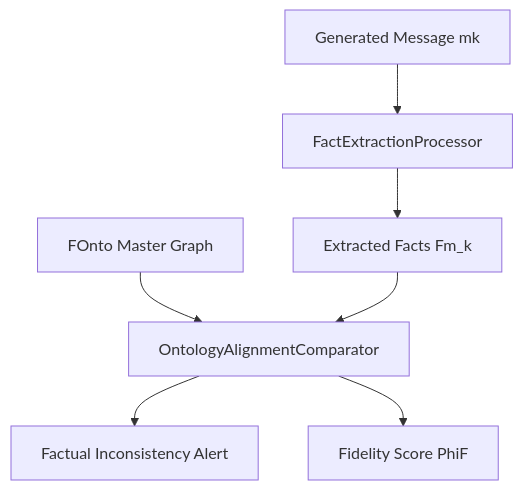
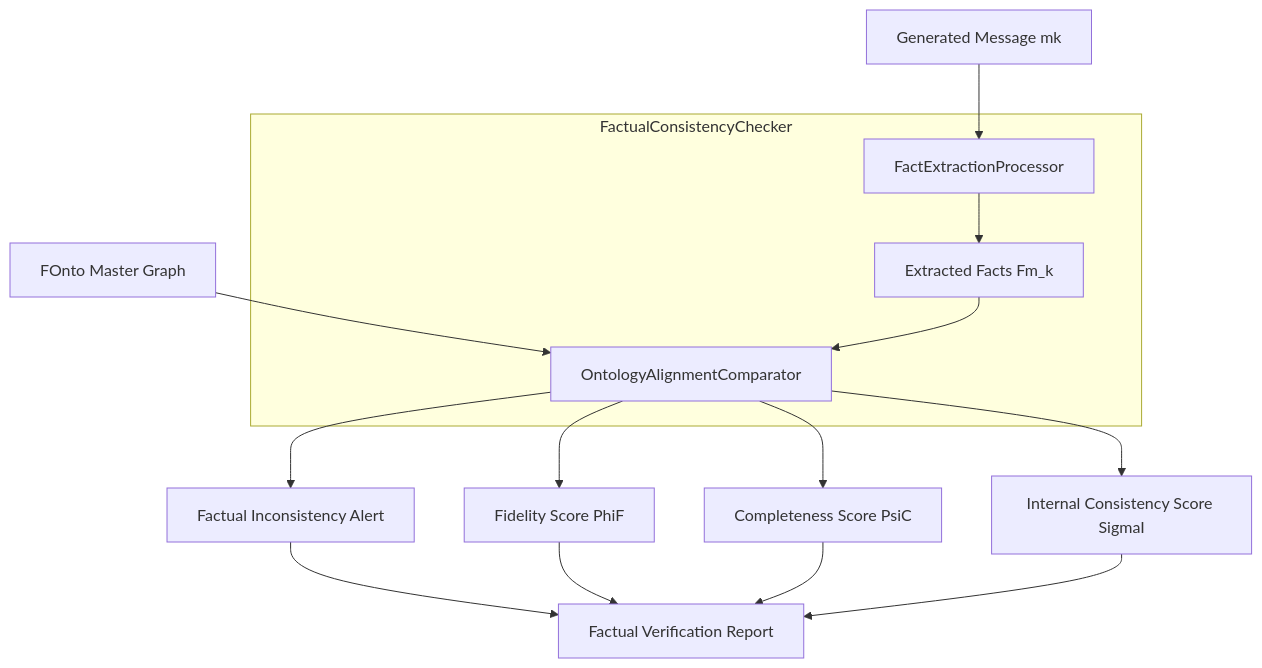
One commit to diplomat-bit/Citibank_Demo_Business_Inc_Demonstration- changed the second of 9 diagrams in inventions/inventions/010_unified_crisis_communications_generation/012_semantic_coherence_verification.md. Above: the diagram before and after it, drawn with Mermaid. The commit also changed other lines of this file, not shown here.

Commit message:
[AI] Edit: inventions/inventions/010_unified_crisis_communications_generation/012_semantic_coherence_verification.md

````diff
--- a/inventions/inventions/010_unified_crisis_communications_generation/012_semantic_coherence_verification.md
+++ b/inventions/inventions/010_unified_crisis_communications_generation/012_semantic_coherence_verification.md
@@ -42,9 +53,18 @@
 ```mermaid
 graph TD
     A[Generated Message mk] --> B[FactExtractionProcessor];
     B --> C[Extracted Facts Fm_k];
     D[FOnto Master Graph] --> E[OntologyAlignmentComparator];
     C --> E;
     E --> F[Factual Inconsistency Alert];
     E --> G[Fidelity Score PhiF];
+    E --> H[Completeness Score PsiC];
+    E --> I[Internal Consistency Score SigmaI];
+    F & G & H & I --> J[Factual Verification Report];
+
+    subgraph FactualConsistencyChecker
+        B
+        C
+        E
+    end
 ```
````
